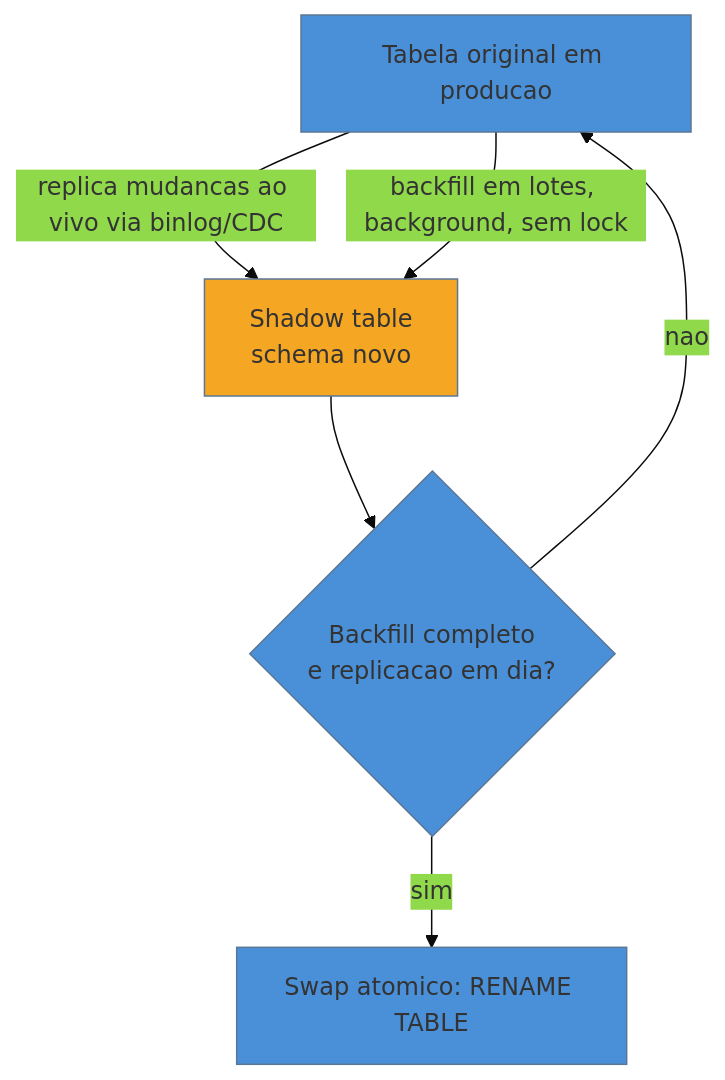
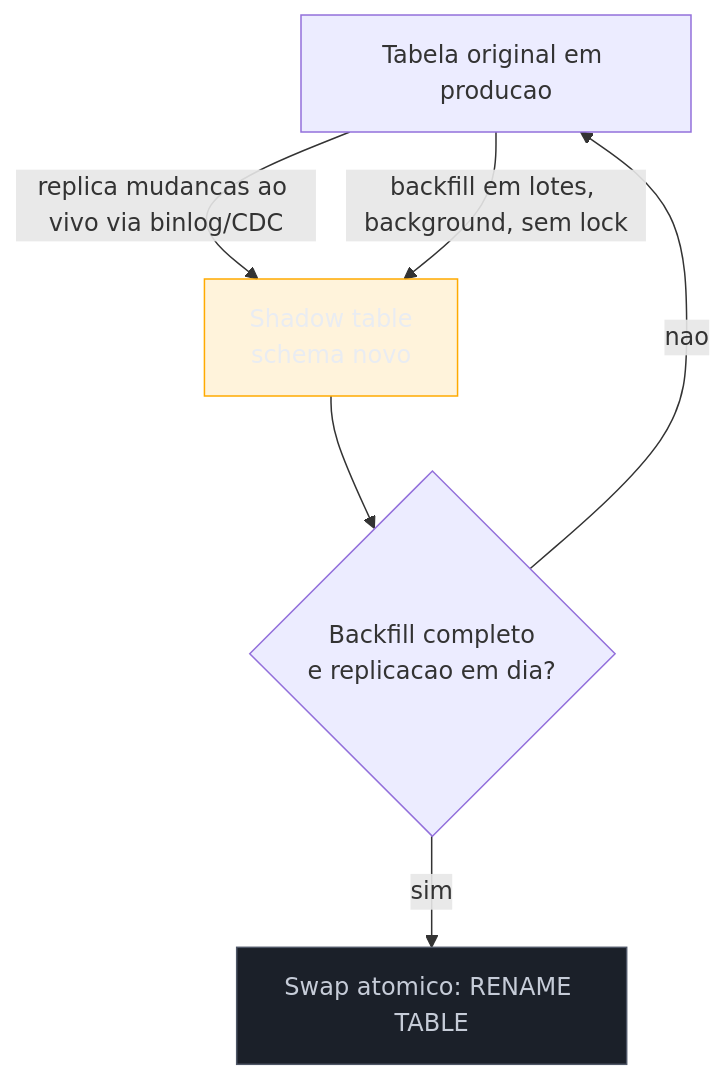
The second of 2 diagrams in 03-Dominios/Engenharia/Arqueologia e Restauração de Software/20 - Migração de dados e schema.md (josenaldo/codex-technomanticus), drawn with Mermaid before and after one commit. The commit also changed other lines of this file and 1181 other files, not shown here.

First line of the commit message:
fix(diagramas): paleta do sistema no lugar de cor cravada no markdown

````diff
--- a/03-Dominios/Engenharia/Arqueologia e Restauração de Software/20 - Migração de dados e schema.md
+++ b/03-Dominios/Engenharia/Arqueologia e Restauração de Software/20 - Migração de dados e schema.md
@@ -56,11 +57,12 @@
 ```mermaid
-%%{init: {"theme": "base", "themeVariables": {"primaryColor": "#4A90D9"}}}%%
 graph TD
+    classDef destaque fill:#FFAA0024,stroke:#FFAA00,color:#E9ECF2
+    classDef neutro fill:#1B2029,stroke:#4E5666,color:#C6CCD8
     T[Tabela original em producao] -->|replica mudancas ao vivo via binlog/CDC| S[Shadow table<br/>schema novo]
     T -->|backfill em lotes, background, sem lock| S
     S --> R{Backfill completo<br/>e replicacao em dia?}
     R -->|nao| T
     R -->|sim| W[Swap atomico: RENAME TABLE]
-    style S fill:#F5A623
-    style W fill:#4A90D9
+    class S destaque
+    class W neutro
 ```
````
